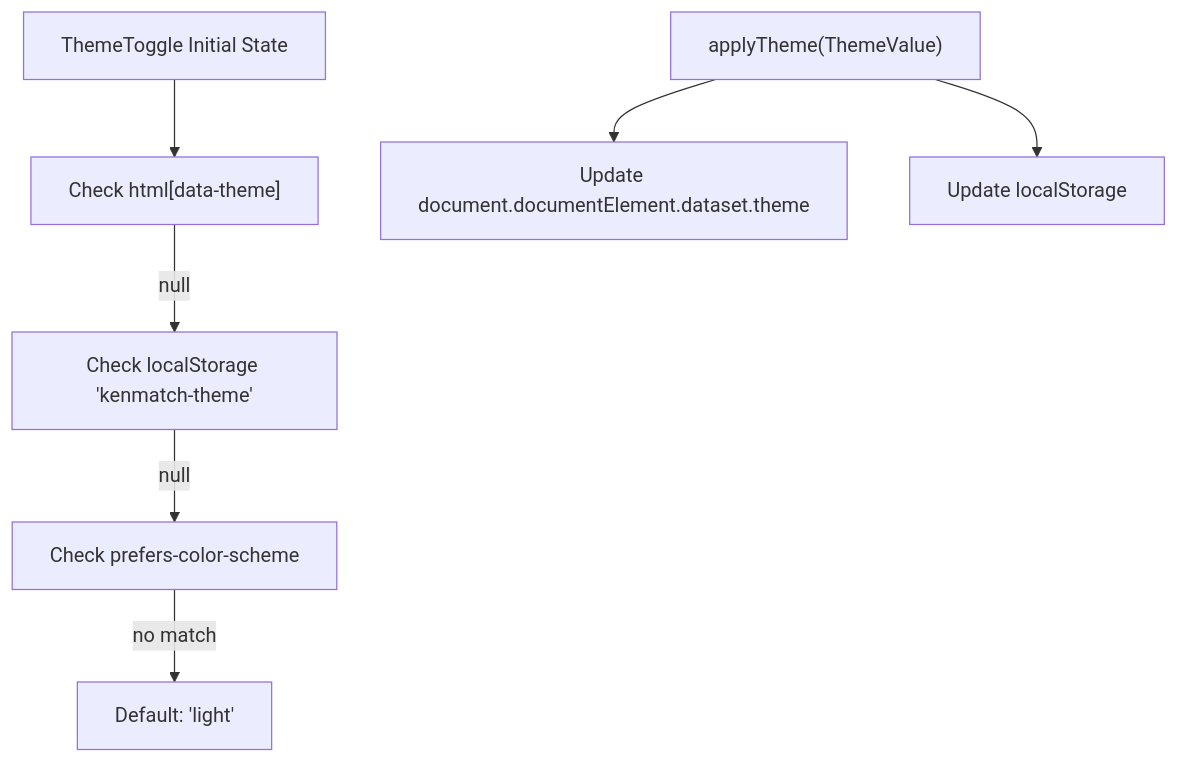
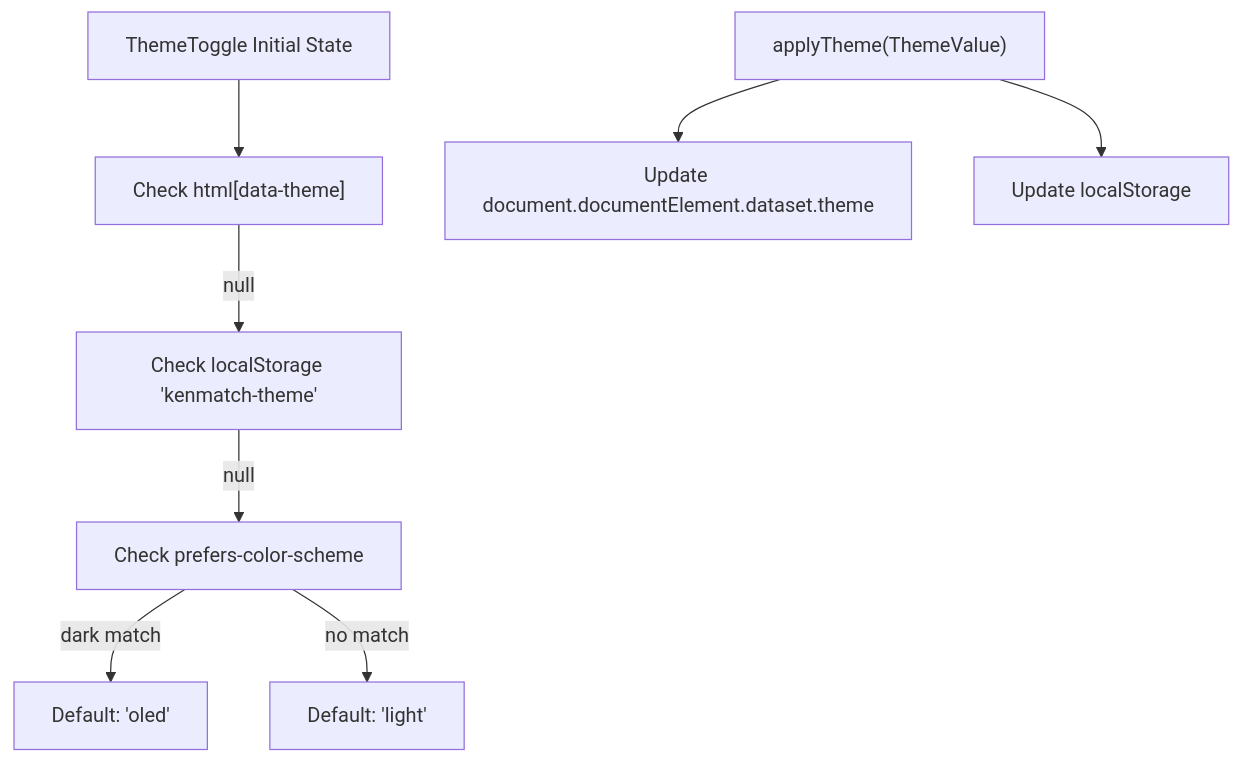
One commit to lowestprime/KenMatch changed diagram 36 of 54 in KenMatch_DeepWiki.md. Above: the diagram before and after it, drawn with Mermaid. The commit also changed other lines of this file and 19 other files, not shown here.

````diff
--- a/KenMatch_DeepWiki.md
+++ b/KenMatch_DeepWiki.md
@@ -2402,20 +2402,21 @@
 ```mermaid
 graph TD
     START["ThemeToggle Initial State"]
     ATTR["Check html[data-theme]"]
     LOCAL["Check localStorage 'kenmatch-theme'"]
     PREF["Check prefers-color-scheme"]
     DEFAULT["Default: 'light'"]
 
     START --> ATTR
     ATTR -- "null" --> LOCAL
     LOCAL -- "null" --> PREF
+    PREF -- "dark match" --> OLED["Default: 'oled'"]
     PREF -- "no match" --> DEFAULT
 
     SET["applyTheme(ThemeValue)"]
     DOM["Update document.documentElement.dataset.theme"]
     STORE["Update localStorage"]
 
     SET --> DOM
     SET --> STORE
 ```
````
